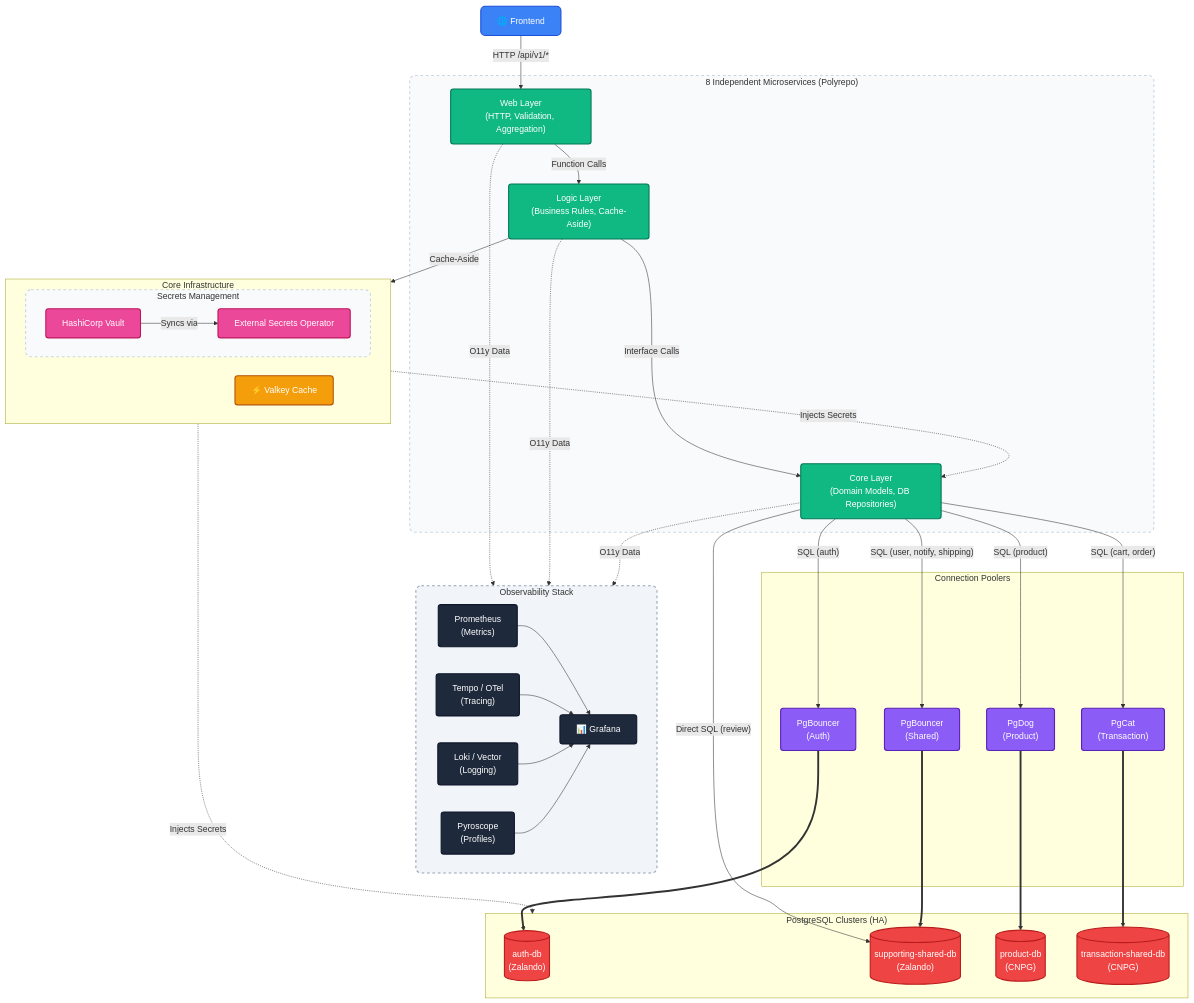
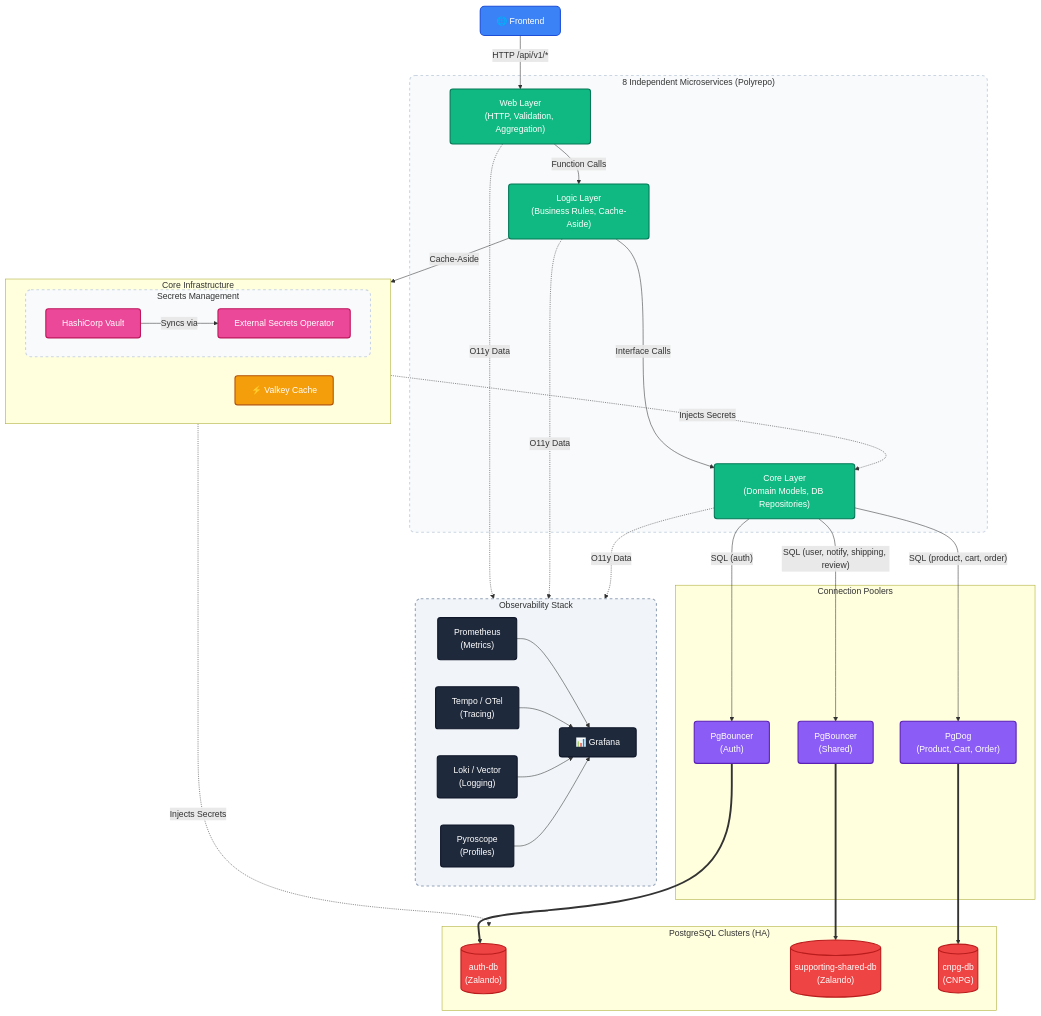
One commit to duynhlab/homelab changed the diagram in README.md. Above: the diagram before and after it, drawn with Mermaid. The commit also changed other lines of this file and 110 other files, not shown here.

```diff
--- a/README.md
+++ b/README.md
@@ -82,16 +82,14 @@
     subgraph Poolers ["Connection Poolers"]
         pb_auth["PgBouncer<br/>(Auth)"]:::pooler
         pb_shared["PgBouncer<br/>(Shared)"]:::pooler
-        pdog["PgDog<br/>(Product)"]:::pooler
-        pcat["PgCat<br/>(Transaction)"]:::pooler
+        pdog["PgDog<br/>(Product, Cart, Order)"]:::pooler
     end
 
     %% Database Layer
     subgraph Databases ["PostgreSQL Clusters (HA)"]
         db_auth[("auth-db<br/>(Zalando)")]:::database
         db_shared[("supporting-shared-db<br/>(Zalando)")]:::database
-        db_prod[("product-db<br/>(CNPG)")]:::database
-        db_tx[("transaction-shared-db<br/>(CNPG)")]:::database
+        db_cnpg[("cnpg-db<br/>(CNPG)")]:::database
     end
 
     %% Connections
@@ -104,15 +102,12 @@
     eso -.->|"Injects Secrets"| CoreLayer
     
     CoreLayer -->|"SQL (auth)"| pb_auth
-    CoreLayer -->|"SQL (user, notify, shipping)"| pb_shared
-    CoreLayer -->|"Direct SQL (review)"| db_shared
-    CoreLayer -->|"SQL (product)"| pdog
-    CoreLayer -->|"SQL (cart, order)"| pcat
+    CoreLayer -->|"SQL (user, notify, shipping, review)"| pb_shared
+    CoreLayer -->|"SQL (product, cart, order)"| pdog
 
     pb_auth ==> db_auth
     pb_shared ==> db_shared
-    pdog ==> db_prod
-    pcat ==> db_tx
+    pdog ==> db_cnpg
     
     %% Assign classes to subgraphs
     class Microservices,SecretsDev servicebox;
```
